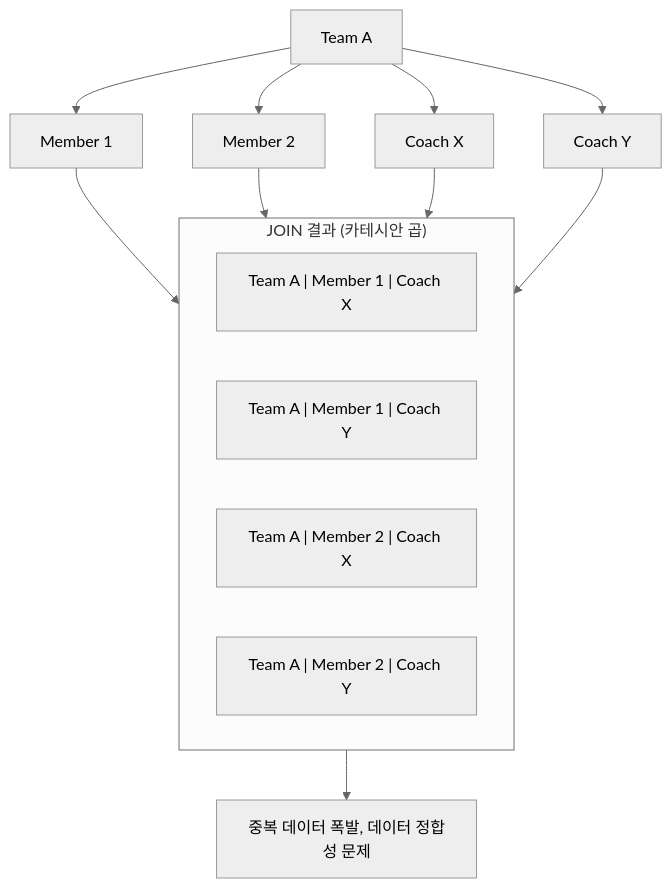
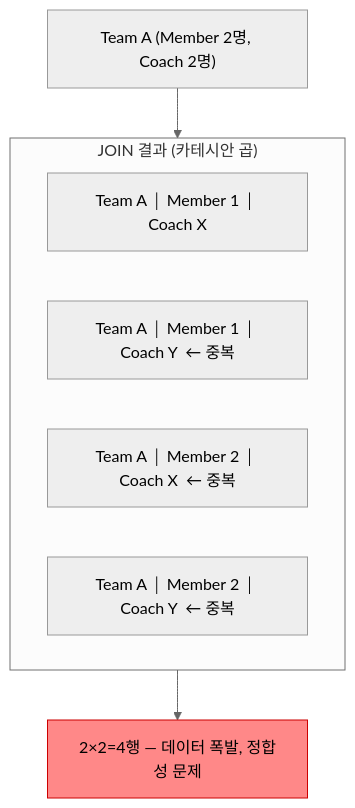
Before and after one commit to yjkim2015/yjkim2015.github.io: the fifth of 6 diagrams in _posts/jpa/2026-05-01-jpa-n-plus-1.md, drawn with Mermaid (neutral theme). The commit also changed other lines of this file and 92 other files, not shown here.

First line of the commit message:
Major quality rewrite: 98 files, Mermaid fix, extreme-scenario component

````diff
--- a/_posts/jpa/2026-05-01-jpa-n-plus-1.md
+++ b/_posts/jpa/2026-05-01-jpa-n-plus-1.md
@@ -613,16 +526,13 @@
-<div class="mermaid">
+```mermaid
 graph TD
-    TA["Team A"]
-    TA --> M1["Member 1"]
-    TA --> M2["Member 2"]
-    TA --> CX["Coach X"]
-    TA --> CY["Coach Y"]
-    subgraph join["JOIN 결과 (카테시안 곱)"]
-        R1["Team A | Member 1 | Coach X"]
-        R2["Team A | Member 1 | Coach Y"]
-        R3["Team A | Member 2 | Coach X"]
-        R4["Team A | Member 2 | Coach Y"]
+    TA["Team A (Member 2명, Coach 2명)"]
+    subgraph JOIN["JOIN 결과 (카테시안 곱)"]
+        R1["Team A │ Member 1 │ Coach X"]
+        R2["Team A │ Member 1 │ Coach Y  ← 중복"]
+        R3["Team A │ Member 2 │ Coach X  ← 중복"]
+        R4["Team A │ Member 2 │ Coach Y  ← 중복"]
     end
-    M1 & M2 & CX & CY --> join
-    join --> PROB["중복 데이터 폭발, 데이터 정합성 문제"]
-</div>
+    TA --> JOIN
+    JOIN --> PROB["2×2=4행 — 데이터 폭발, 정합성 문제"]
+    style PROB fill:#f88,stroke:#c00,color:#000
+```
````
